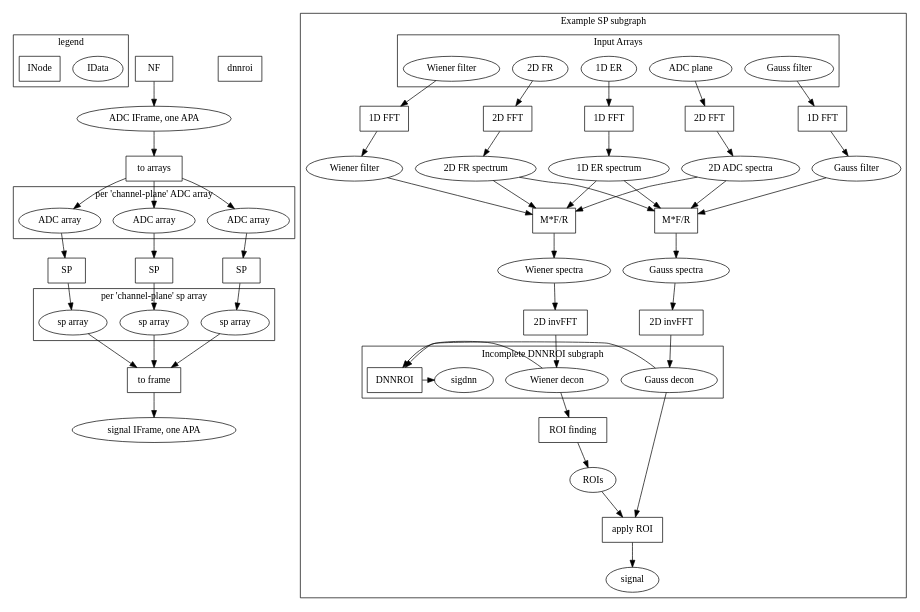
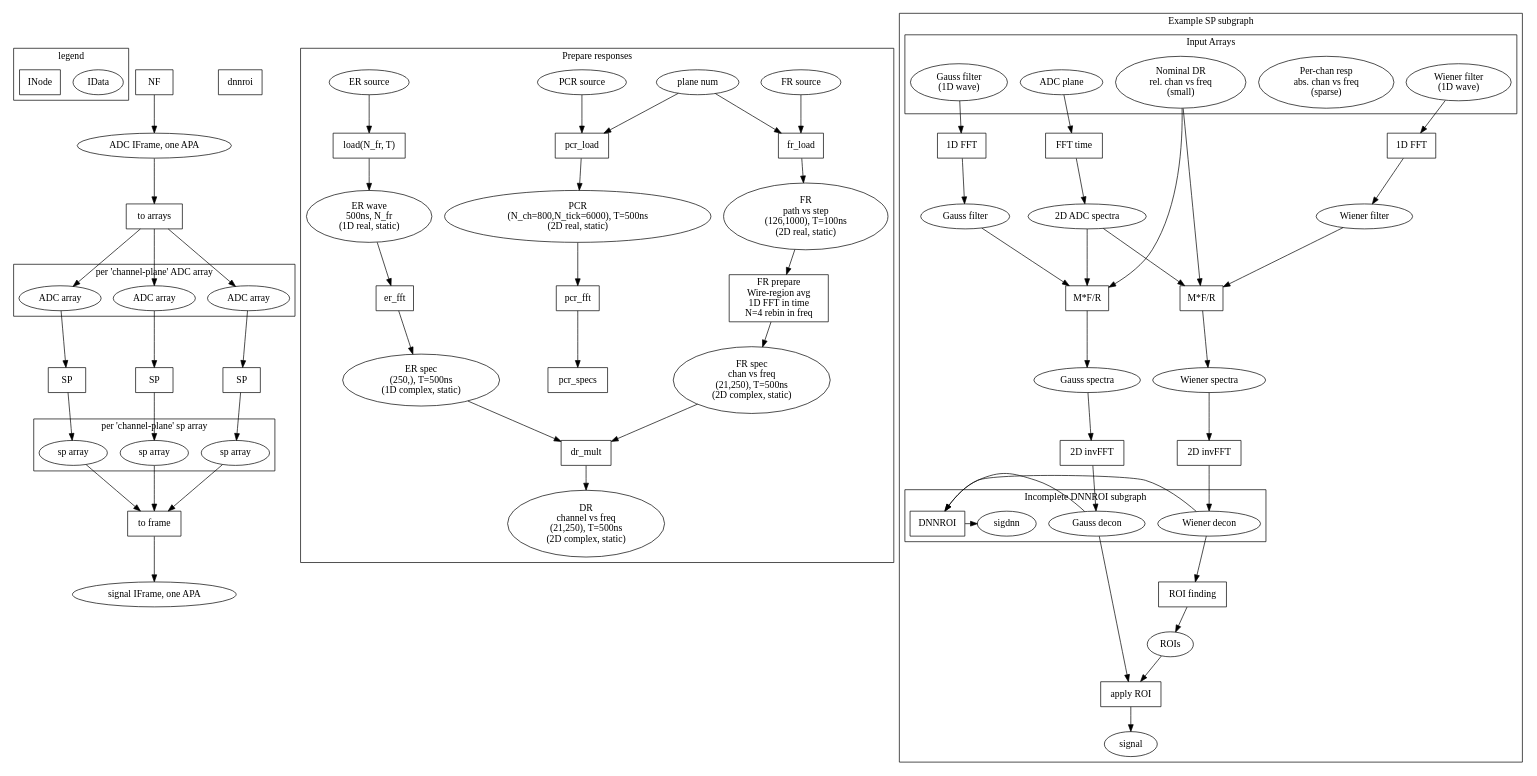
The diagram in docs/idealistic.dot (WireCell/spng), drawn with Graphviz before and after one commit. The commit also changed 1 other file, not shown here.

Commit message:
Work out a bit more how SPNG decon will go - still wip

```diff
--- a/docs/idealistic.dot
+++ b/docs/idealistic.dot
@@ -1,133 +1,165 @@
 digraph idealistic {
 
     subgraph cluster_legend {
         label="legend"
         idata[label="IData"]
         node[shape=box]
         inode[label="INode"]
     }
 
     // data
     quietadc[label="ADC IFrame, one APA"]
     subgraph cluster_adcaf {
         label="per 'channel-plane' ADC array"
         adcu_af[label="ADC array"]
         adcv_af[label="ADC array"]
         adcw_af[label="ADC array"]
     }
     subgraph cluster_spu {
         label="per 'channel-plane' sp array"
         spu_af[label="sp array"]
         spv_af[label="sp array"]
         spw_af[label="sp array"]
     }
     sigframe[label="signal IFrame, one APA"]
 
     // nodes
     node[shape=box]
     nf[label="NF"]
     frame2af[label="to arrays"]
     spu[label="SP"]
     spv[label="SP"]
     spw[label="SP"]
     af2frame[label="to frame"]
     dnnroi
     
     nf->quietadc->frame2af
     frame2af->adcu_af->spu->spu_af
     frame2af->adcv_af->spv->spv_af
     frame2af->adcw_af->spw->spw_af
     
     spu_af->af2frame
     spv_af->af2frame
     spw_af->af2frame
     af2frame->sigframe
 
 
+
+    subgraph cluster_response {
+        label="Prepare responses"
+        node[shape=ellipse]
+        fr_src[label="FR source"]
+        fr_plane[label="plane num"]
+        fr_raw[label="FR\npath vs step\n(126,1000), T=100ns\n(2D real, static)"]
+        fr_cooked[label="FR spec\nchan vs freq\n(21,250), T=500ns\n(2D complex, static)"]
+
+        er_src[label="ER source"]
+        er_wave[label="ER wave\n500ns, N_fr\n(1D real, static)"]
+        er_spec[label="ER spec\n(250,), T=500ns\n(1D complex, static)"]
+
+        dr_spec[label="DR\nchannel vs freq\n(21,250), T=500ns\n(2D complex, static)"]
+
+        pcr_src[label="PCR source"]
+        pcr_waves[label="PCR\n(N_ch=800,N_tick=6000), T=500ns\n(2D real, static)"]
+
+
+        node[shape=box]
+        fr_prep[label="FR prepare\nWire-region avg\n1D FFT in time\nN=4 rebin in freq"]
+
+        fr_load        
+        er_load[label="load(N_fr, T)"]
+        pcr_load
+
+        fr_plane->fr_load
+        fr_src->fr_load->fr_raw->fr_prep->fr_cooked
+        er_src->er_load->er_wave->er_fft->er_spec
+
+        fr_cooked->dr_mult
+        er_spec->dr_mult
+        dr_mult->dr_spec
+
+        fr_plane->pcr_load
+        pcr_src->pcr_load->pcr_waves->pcr_fft->pcr_specs
+
+    }
+
     subgraph cluster_sp {
         label="Example SP subgraph"
-
 
 
         subgraph cluster_inarrays {
             label="Input Arrays"
             node[shape=ellipse]
-            dc_fr[label="2D FR"]
-            dc_er[label="1D ER"]
+            dc_dr[label="Nominal DR\nrel. chan vs freq\n(small)"]
+            dc_per[label="Per-chan resp\nabs. chan vs freq\n(sparse)"]
             dc_adc[label="ADC plane"]
-            dc_gaussf[label="Gauss filter"]
-            dc_wienerf[label="Wiener filter"]
+            dc_gaussf[label="Gauss filter\n(1D wave)"]
+            dc_wienerf[label="Wiener filter\n(1D wave)"]
         }
 
         node[shape=ellipse]
-        dc_fr_spec[label="2D FR spectrum"]
-        dc_er_spec[label="1D ER spectrum"]
+
         dc_adc_spec[label="2D ADC spectra"]
         dc_gaussf_spec[label="Gauss filter"]
         dc_wienerf_spec[label="Wiener filter"]
 
         dc_gauss_spec[label="Gauss spectra"]
         dc_wiener_spec[label="Wiener spectra"]
         dc_gauss[label="Gauss decon"]
         dc_wiener[label="Wiener decon"]
         dc_roi[label="ROIs"]
         dc_signal[label="signal"]
         
         node[shape=box]
         dc_gauss_fft[label="1D FFT"]
         dc_wiener_fft[label="1D FFT"]
         dc_gauss_decon[label="M*F/R"]
         dc_wiener_decon[label="M*F/R"]
-        dc_er_fft[label="1D FFT"]
-        dc_fr_fft[label="2D FFT"]
-        dc_adc_fft[label="2D FFT"]
+        dc_adc_fft_time[label="FFT time"]
         dc_fftg[label="2D invFFT"]
         dc_fftw[label="2D invFFT"]
         dc_signal_roi[label="ROI finding"]
         dc_apply_roi[label="apply ROI"]
 
-        {rank=same dc_er_fft dc_fr_fft dc_adc_fft dc_gauss_fft dc_wiener_fft}
+        {rank=same dc_adc_fft_time dc_gauss_fft dc_wiener_fft}
 
-        dc_adc->dc_adc_fft->dc_adc_spec
-        dc_fr->dc_fr_fft->dc_fr_spec
-        dc_er->dc_er_fft->dc_er_spec
+        dc_adc->dc_adc_fft_time->dc_adc_spec
+
         dc_gaussf->dc_gauss_fft->dc_gaussf_spec
         dc_wienerf->dc_wiener_fft->dc_wienerf_spec
 
+        dc_dr->dc_gauss_decon
         dc_adc_spec->dc_gauss_decon
-        dc_er_spec->dc_gauss_decon
-        dc_fr_spec->dc_gauss_decon
         dc_gaussf_spec->dc_gauss_decon
 
         dc_gauss_decon->dc_gauss_spec
 
+        dc_dr->dc_wiener_decon
         dc_adc_spec->dc_wiener_decon
-        dc_er_spec->dc_wiener_decon
-        dc_fr_spec->dc_wiener_decon
         dc_wienerf_spec->dc_wiener_decon
 
         dc_wiener_decon->dc_wiener_spec
 
         dc_gauss_spec->dc_fftg->dc_gauss
         dc_wiener_spec->dc_fftw->dc_wiener
 
         subgraph cluster_dnnroi {
             label="Incomplete DNNROI subgraph";
             node[shape=ellipse]
             sigdnn
             node[shape=box]
             DNNROI
 
             edge[constraint=false]
             dc_gauss->DNNROI
             dc_wiener->DNNROI
             DNNROI->sigdnn
         }            
 
 
         dc_wiener->dc_signal_roi->dc_roi->dc_apply_roi
         dc_gauss->dc_apply_roi->dc_signal
     }
 
 
 }
```
